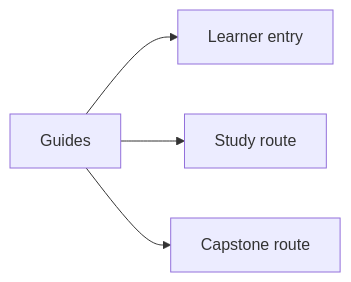
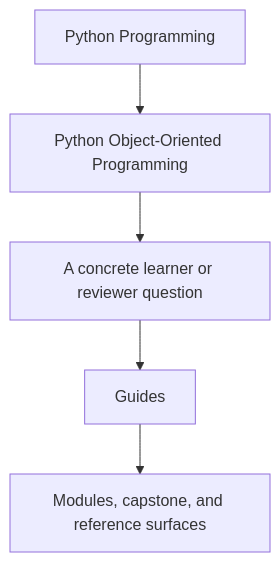
Before and after one commit to bijux/bijux-masterclass: the first of 2 diagrams in programs/python-programming/python-object-oriented-programming/course-book/guides/index.md, drawn with Mermaid. The commit also changed other lines of this file and 3 other files, not shown here.

Commit message:
docs(python-object-oriented-programming): reframe course-book entry diagrams

````diff
--- a/programs/python-programming/python-object-oriented-programming/course-book/guides/index.md
+++ b/programs/python-programming/python-object-oriented-programming/course-book/guides/index.md
@@ -7,11 +7,7 @@
 ```mermaid
-graph LR
-  guides["Guides"]
-  entry["Learner entry"]
-  study["Study route"]
-  capstone["Capstone route"]
-
-  guides --> entry
-  guides --> study
-  guides --> capstone
+flowchart TD
+  family["Python Programming"] --> program["Python Object-Oriented Programming"]
+  program --> pressure["A concrete learner or reviewer question"]
+  pressure --> guide["Guides"]
+  guide --> next["Modules, capstone, and reference surfaces"]
 ```
````
